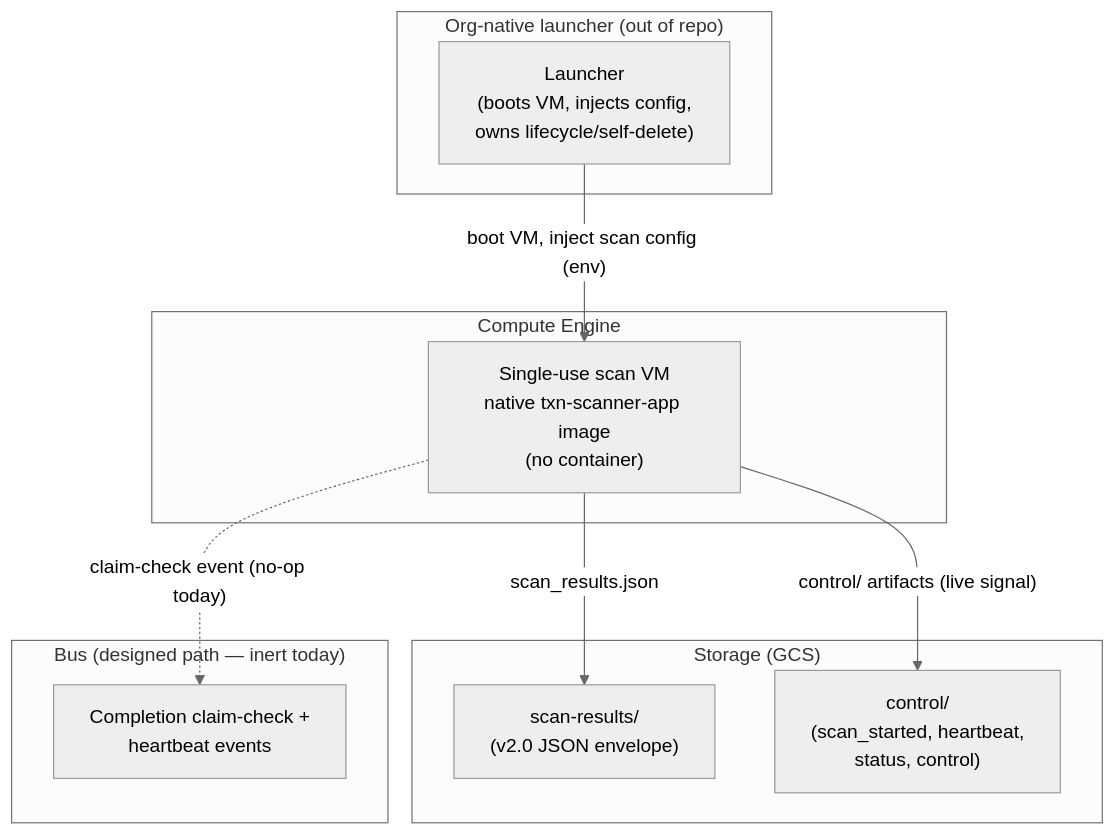
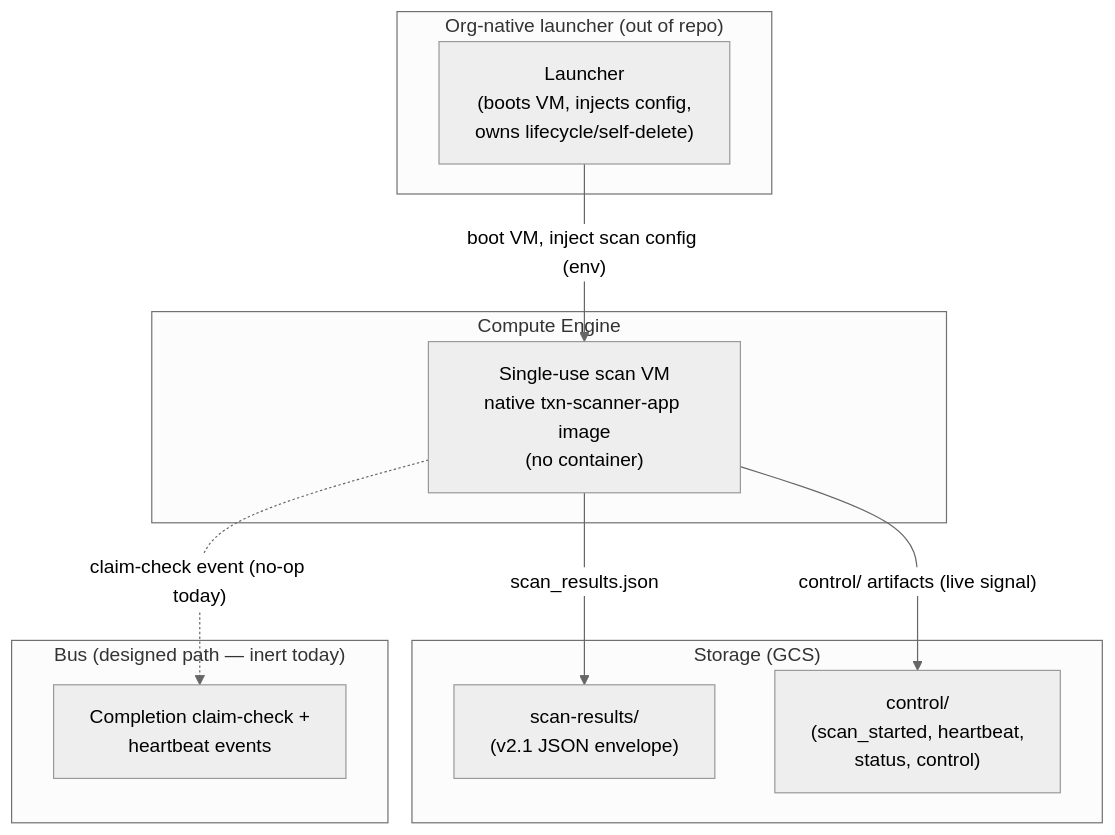
One commit to Peregrine-Technology-Systems/peregrine-penetrator-scanner changed the first of 11 diagrams in docs/ARCHITECTURE.md. Above: the diagram before and after it, drawn with Mermaid (neutral theme). The commit also changed other lines of this file and 10 other files, not shown here.

````diff
--- a/docs/ARCHITECTURE.md
+++ b/docs/ARCHITECTURE.md
@@ -28,24 +28,24 @@
 ```mermaid
 graph TB
     subgraph "Org-native launcher (out of repo)"
         LNCH["Launcher<br/>(boots VM, injects config,<br/>owns lifecycle/self-delete)"]
     end
 
     subgraph "Compute Engine"
         VM1["Single-use scan VM<br/>native txn-scanner-app image<br/>(no container)"]
     end
 
     subgraph "Storage (GCS)"
-        GCS1["scan-results/<br/>(v2.0 JSON envelope)"]
+        GCS1["scan-results/<br/>(v2.1 JSON envelope)"]
         GCS2["control/<br/>(scan_started, heartbeat,<br/>status, control)"]
     end
 
     subgraph "Bus (designed path — inert today)"
         BUS["Completion claim-check +<br/>heartbeat events"]
     end
 
     LNCH -->|"boot VM, inject scan config (env)"| VM1
     VM1 -->|"scan_results.json"| GCS1
     VM1 -->|"control/ artifacts (live signal)"| GCS2
     VM1 -.->|"claim-check event (no-op today)"| BUS
 ```
````
